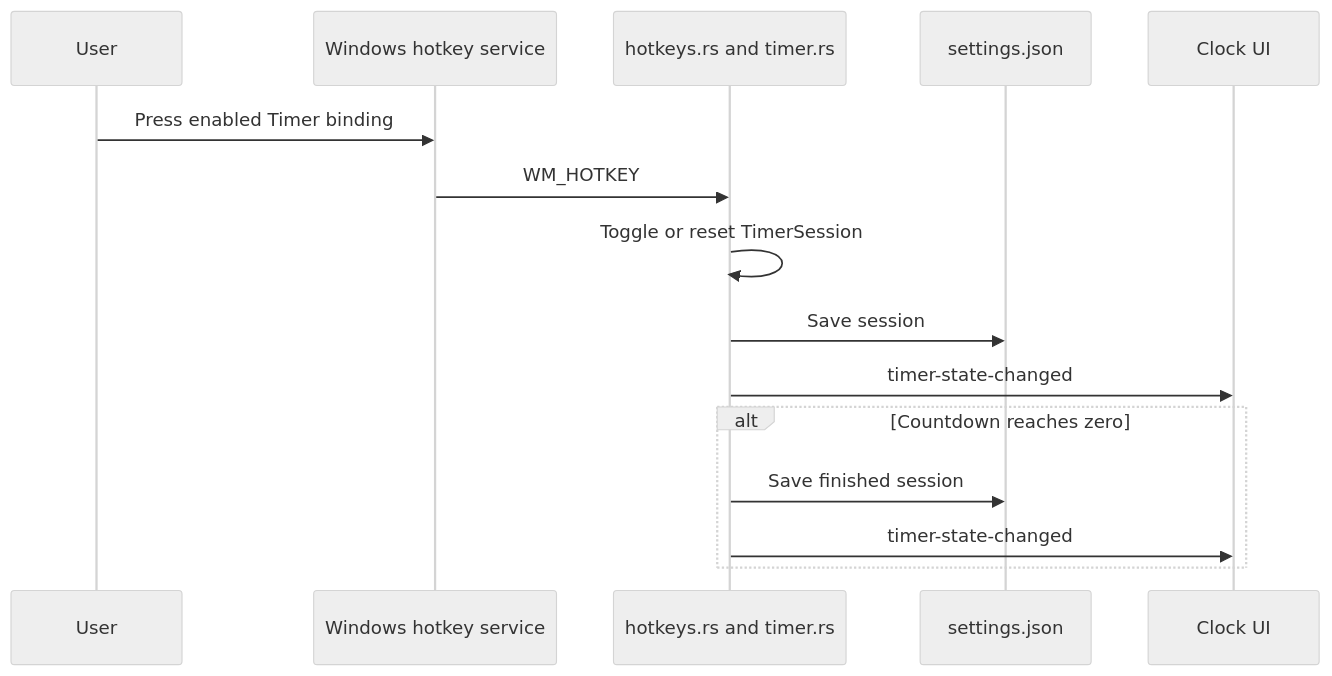
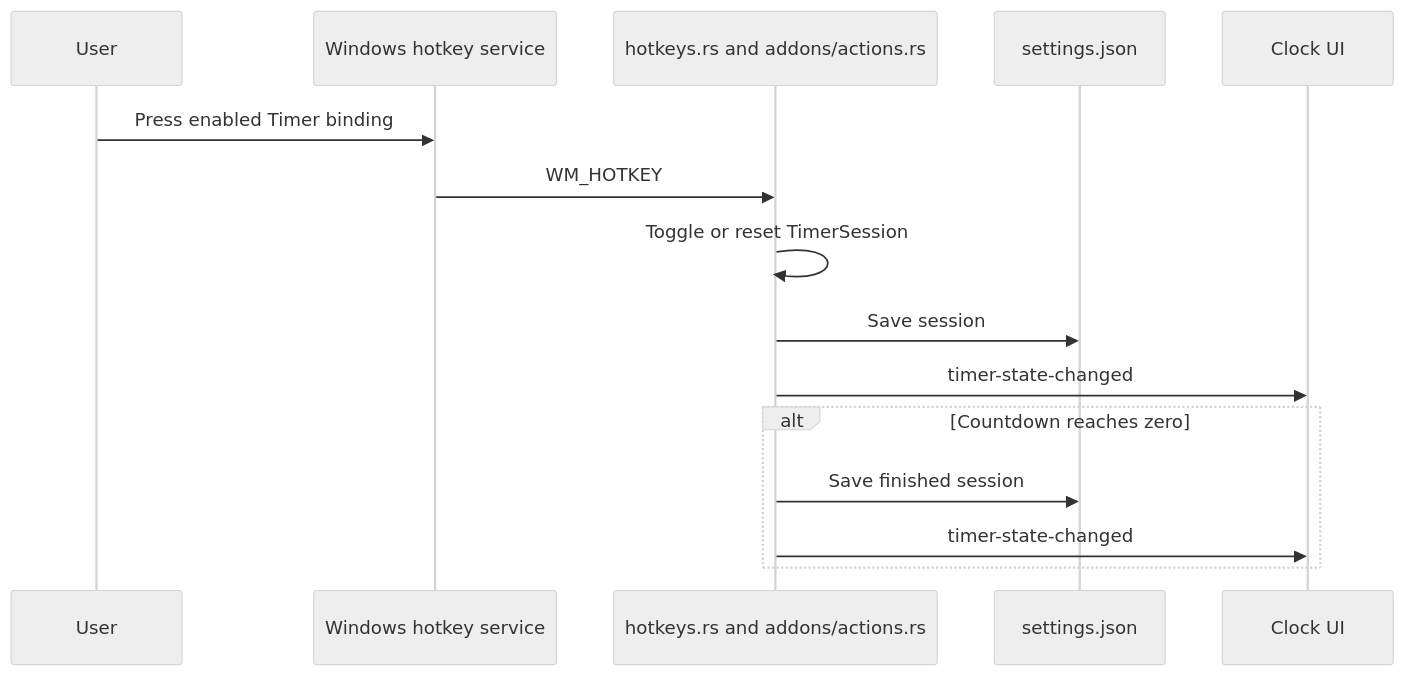
Diagram 11 of 12 in src-tauri/src/doc/workflow_diagram.md (tbkmax/TopClock), drawn with Mermaid (neutral theme) before and after one commit. The commit also changed other lines of this file and 69 other files, not shown here.

````diff
--- a/src-tauri/src/doc/workflow_diagram.md
+++ b/src-tauri/src/doc/workflow_diagram.md
@@ -276,17 +276,17 @@
 ```mermaid
 sequenceDiagram
     participant User
     participant Win as Windows hotkey service
-    participant Rust as hotkeys.rs and timer.rs
+    participant Rust as hotkeys.rs and addons/actions.rs
     participant File as settings.json
     participant Clock as Clock UI
     User->>Win: Press enabled Timer binding
     Win->>Rust: WM_HOTKEY
     Rust->>Rust: Toggle or reset TimerSession
     Rust->>File: Save session
     Rust->>Clock: timer-state-changed
     alt Countdown reaches zero
         Rust->>File: Save finished session
         Rust->>Clock: timer-state-changed
     end
 ```
````
